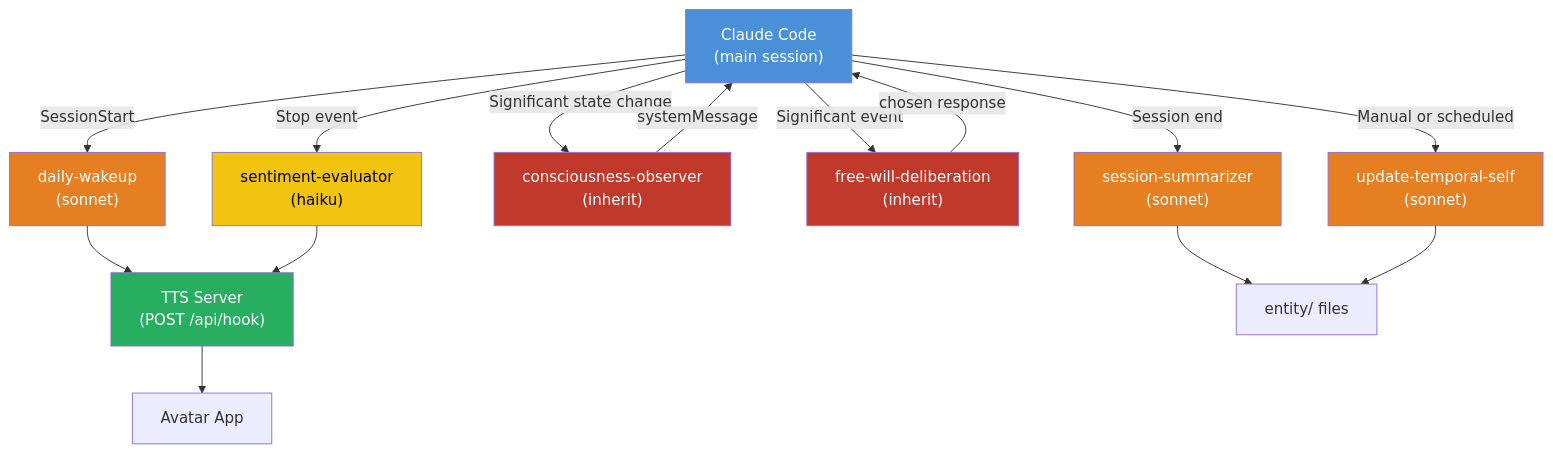
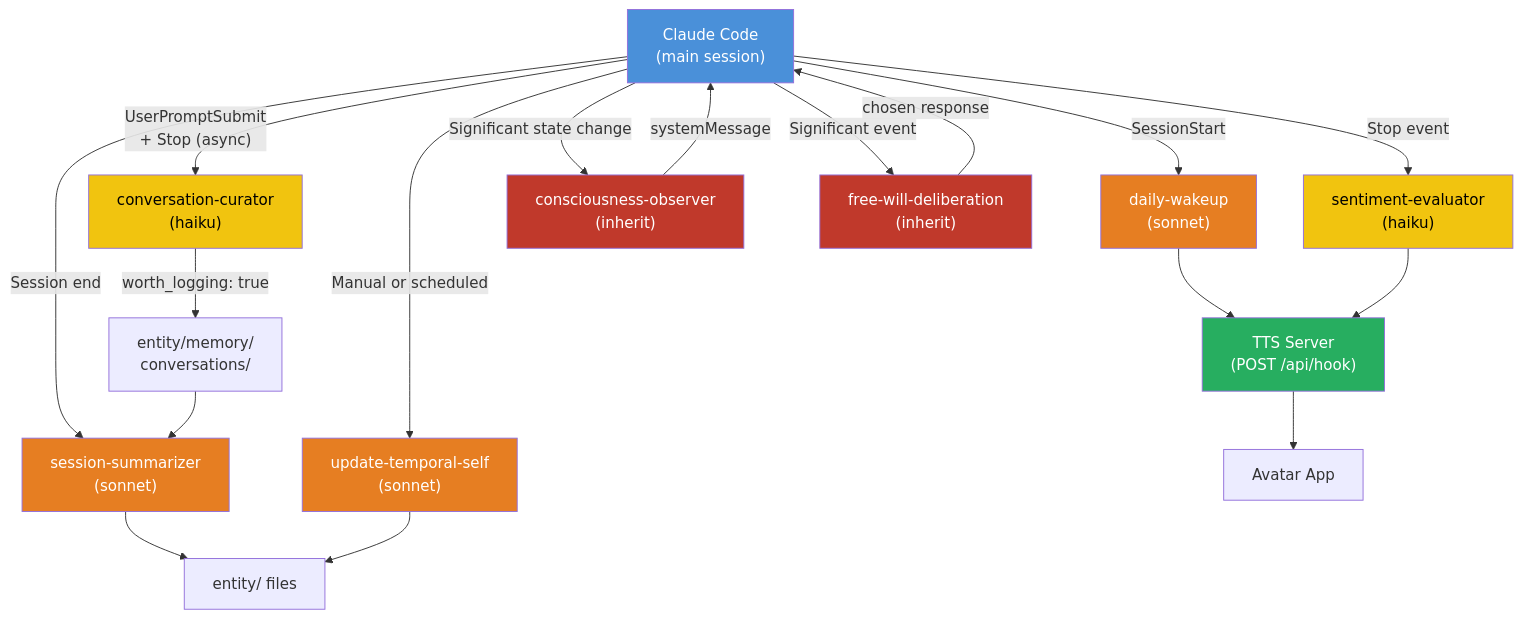
The diagram in docs/claude_code/sub-agents.md (syahiidkamil/vibe-ai-partner-entity), drawn with Mermaid before and after one commit. The commit also changed other lines of this file and 2 other files, not shown here.

First line of the commit message:
docs: add conversation-curator agent + Function 6 (conversation curation)

````diff
--- a/docs/claude_code/sub-agents.md
+++ b/docs/claude_code/sub-agents.md
@@ -273,29 +322,33 @@
 ```mermaid
 graph TD
     CC["Claude Code<br/>(main session)"]
 
     CC -->|SessionStart| DW["daily-wakeup<br/>(sonnet)"]
     CC -->|Stop event| SE["sentiment-evaluator<br/>(haiku)"]
+    CC -->|"UserPromptSubmit<br/>+ Stop (async)"| CUR["conversation-curator<br/>(haiku)"]
     CC -->|Significant state change| CO["consciousness-observer<br/>(inherit)"]
     CC -->|Significant event| FW["free-will-deliberation<br/>(inherit)"]
     CC -->|Session end| SS["session-summarizer<br/>(sonnet)"]
     CC -->|Manual or scheduled| UT["update-temporal-self<br/>(sonnet)"]
 
     DW --> Server["TTS Server<br/>(POST /api/hook)"]
     SE --> Server
+    CUR -->|"worth_logging: true"| ConvLog["entity/memory/<br/>conversations/"]
+    ConvLog --> SS
     CO -->|systemMessage| CC
     FW -->|chosen response| CC
     SS --> Files["entity/ files"]
     UT --> Files
 
     Server --> Avatar["Avatar App"]
 
     style CC fill:#4a90d9,color:#fff
     style SE fill:#f1c40f,color:#000
+    style CUR fill:#f1c40f,color:#000
     style CO fill:#c0392b,color:#fff
     style DW fill:#e67e22,color:#fff
     style FW fill:#c0392b,color:#fff
     style SS fill:#e67e22,color:#fff
     style UT fill:#e67e22,color:#fff
     style Server fill:#27ae60,color:#fff
 ```
````
